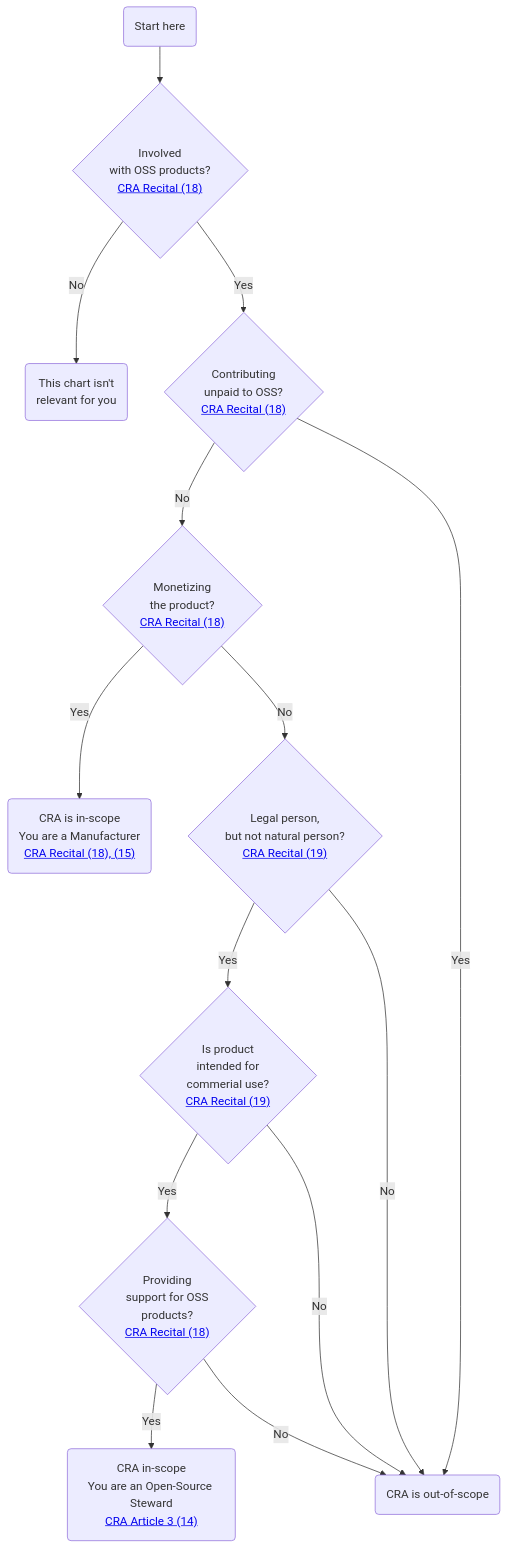
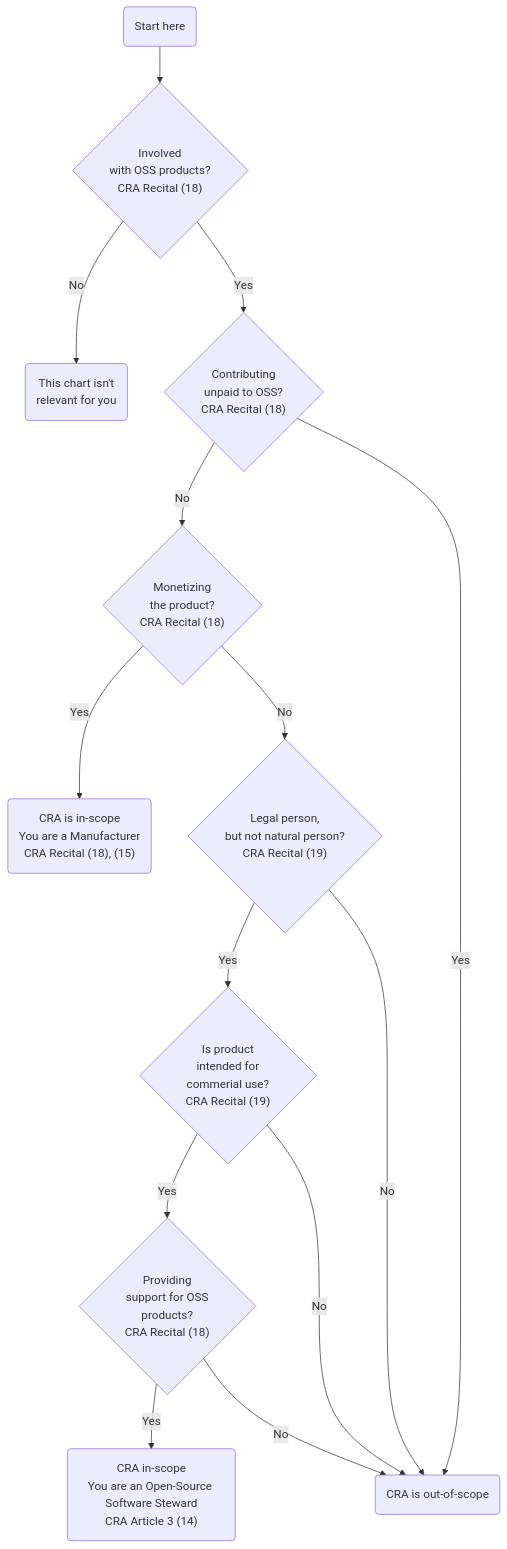
One commit to CPAN-Security/security.metacpan.org changed the third of 3 diagrams in docs/supplychain-sbom.md. Above: the diagram before and after it, drawn with Mermaid. The commit also changed other lines of this file, not shown here.

Commit message:
Use 'bom' as root in JSON Paths; Remove links from Steward graph; Place OSS Steward in the Language Ecosystem

````diff
--- a/docs/supplychain-sbom.md
+++ b/docs/supplychain-sbom.md
@@ -731,23 +737,23 @@
 ```mermaid
 graph TB
-    start-here(Start here) --> involved{"Involved<br>with OSS products?<br><a href="#references">CRA Recital (18)</a>"}
+    start-here(Start here) --> involved{"Involved<br>with OSS products?<br>CRA Recital (18)"}
     involved  -->|No| not-relevant-for-you("This chart isn't<br>relevant for you")
-    involved -->|Yes| contributing{"Contributing<br>unpaid to OSS?<br><a href="#references">CRA Recital (18)</a>"}
-    contributing  -->|No| monetised{"Monetizing<br>the product?<br><a href="#references">CRA Recital (18)</a>"}
+    involved -->|Yes| contributing{"Contributing<br>unpaid to OSS?<br>CRA Recital (18)"}
+    contributing  -->|No| monetised{"Monetizing<br>the product?<br>CRA Recital (18)"}
     contributing -->|Yes| cra-is-out-of-scope(CRA is out-of-scope)
-    monetised -->|Yes| cra-manufacturer("CRA is in-scope<br>You are a Manufacturer<br><a href="#references">CRA Recital (18), (15)</a>")
-    monetised -->|No| is-legal-entity{"Legal person,<br> but not natural person?<br><a href="#references">CRA Recital (19)</a>"}
-    is-legal-entity -->|Yes| intended-commercial-use{"Is product<br>intended for<br>commerial use?<br><a href="#references">CRA Recital (19)</a>"}
+    monetised -->|Yes| cra-manufacturer("CRA is in-scope<br>You are a Manufacturer<br>CRA Recital (18), (15)")
+    monetised -->|No| is-legal-entity{"Legal person,<br> but not natural person?<br>CRA Recital (19)"}
+    is-legal-entity -->|Yes| intended-commercial-use{"Is product<br>intended for<br>commerial use?<br>CRA Recital (19)"}
     is-legal-entity -->|No| cra-is-out-of-scope
     intended-commercial-use -->|No| cra-is-out-of-scope
-    intended-commercial-use -->|Yes| product-supporter{"Providing<br>support for OSS<br>products?<br><a href="#references">CRA Recital (18)</a>"}
-    product-supporter -->|Yes| cra-oss-steward("CRA in-scope<br>You are an Open-Source Steward<br><a href="#references">CRA Article 3 (14)</a>")
+    intended-commercial-use -->|Yes| product-supporter{"Providing<br>support for OSS<br>products?<br>CRA Recital (18)"}
+    product-supporter -->|Yes| cra-oss-steward("CRA in-scope<br>You are an Open-Source Software Steward<br>CRA Article 3 (14)")
     product-supporter -->|No| cra-is-out-of-scope
 
     %% Based on the flowchart made by Maarten Aertsen (NLNetLabs) found at
     %% https://blog.nlnetlabs.nl/what-i-learned-in-brussels-the-cyber-resilience-act/
 
     %% Original flowchart © Maarten Aertsen <maarten@nlnetlabs.nl>
     %% License: CC0 1.0 Universal
     %% Adapted to Mermaid and modified by Salve J. Nilsen <sjn@oslo.pm>
 ```
````
